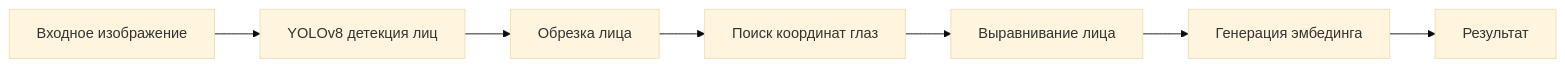
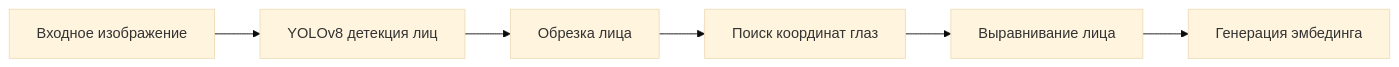
One commit to mcaramba563/face_recognition_model changed the diagram in README.md. Above: the diagram before and after it, drawn with Mermaid (base theme).

Commit message:
refactor readme file

````diff
--- a/README.md
+++ b/README.md
@@ -111,9 +111,8 @@
 ```mermaid
 graph LR
     A[Входное изображение] --> B[YOLOv8 детекция лиц]
     B --> C[Обрезка лица]
     C --> D[Поиск координат глаз]
     D --> E[Выравнивание лица]
     E --> F[Генерация эмбединга]
-    F --> G[Результат]
 ```
````
